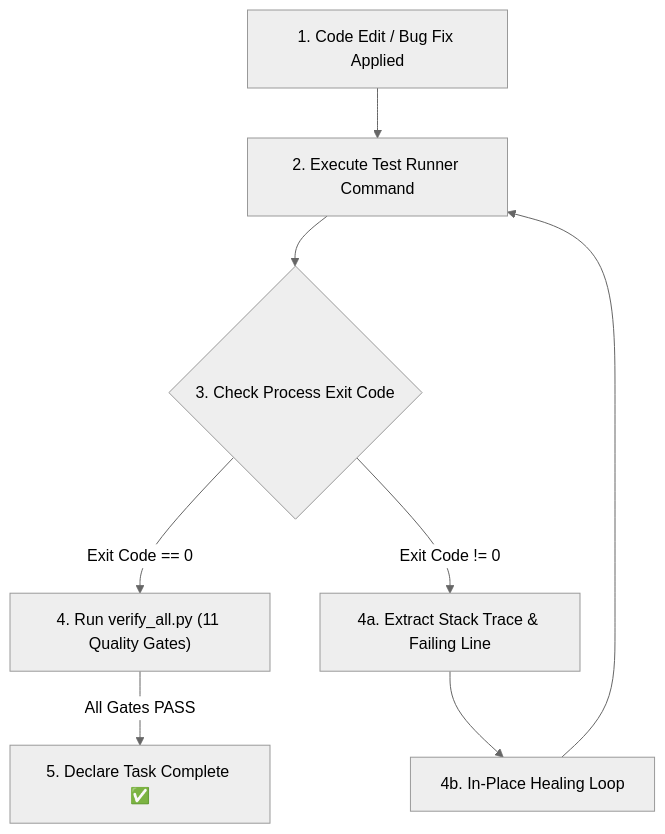
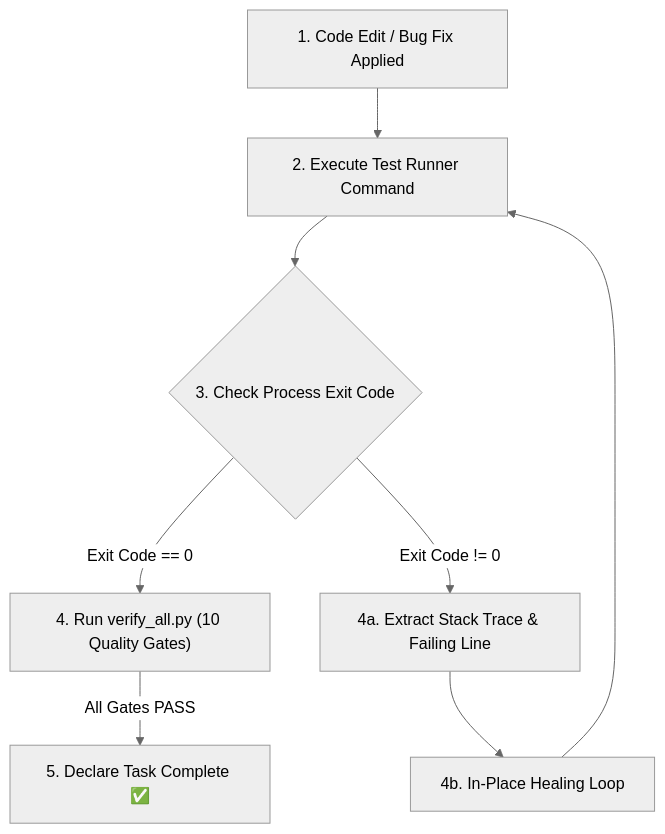
The diagram in .agents/skills/antigravity-test-sentinel/SKILL.md (TeeVee98/Synapse-Hub), drawn with Mermaid (neutral theme) before and after one commit. The commit also changed other lines of this file and 96 other files, not shown here.

Commit message:
refactor(quality-gates): standardize to 10 DoD Quality Gates and pre-flight integrity guard v3.8.3

````diff
--- a/.agents/skills/antigravity-test-sentinel/SKILL.md
+++ b/.agents/skills/antigravity-test-sentinel/SKILL.md
@@ -30,10 +30,10 @@
 ```mermaid
 flowchart TD
     Edit["1. Code Edit / Bug Fix Applied"] --> Run["2. Execute Test Runner Command"]
     Run --> Check{"3. Check Process Exit Code"}
-    Check -- "Exit Code == 0" --> DoD["4. Run verify_all.py (11 Quality Gates)"]
+    Check -- "Exit Code == 0" --> DoD["4. Run verify_all.py (10 Quality Gates)"]
     DoD -- "All Gates PASS" --> Complete["5. Declare Task Complete ✅"]
     Check -- "Exit Code != 0" --> Extract["4a. Extract Stack Trace & Failing Line"]
     Extract --> Heal["4b. In-Place Healing Loop"]
     Heal --> Run
 ```
````
